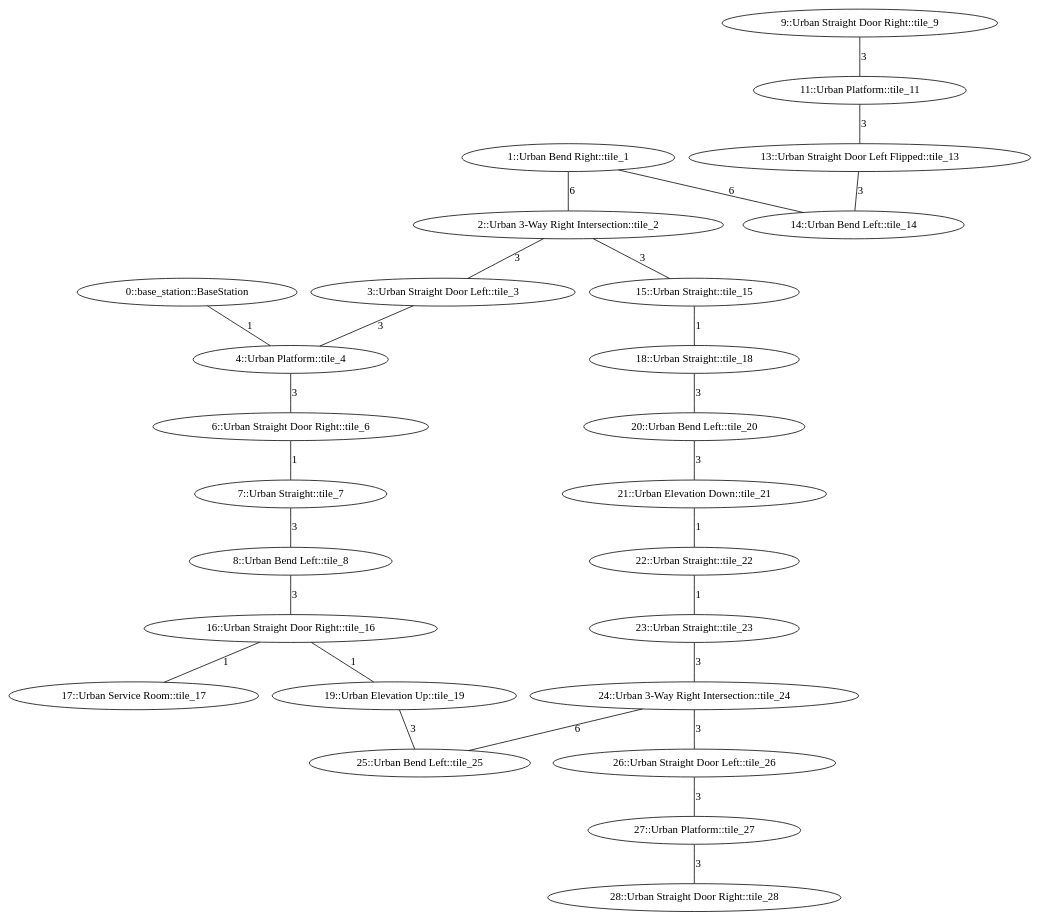
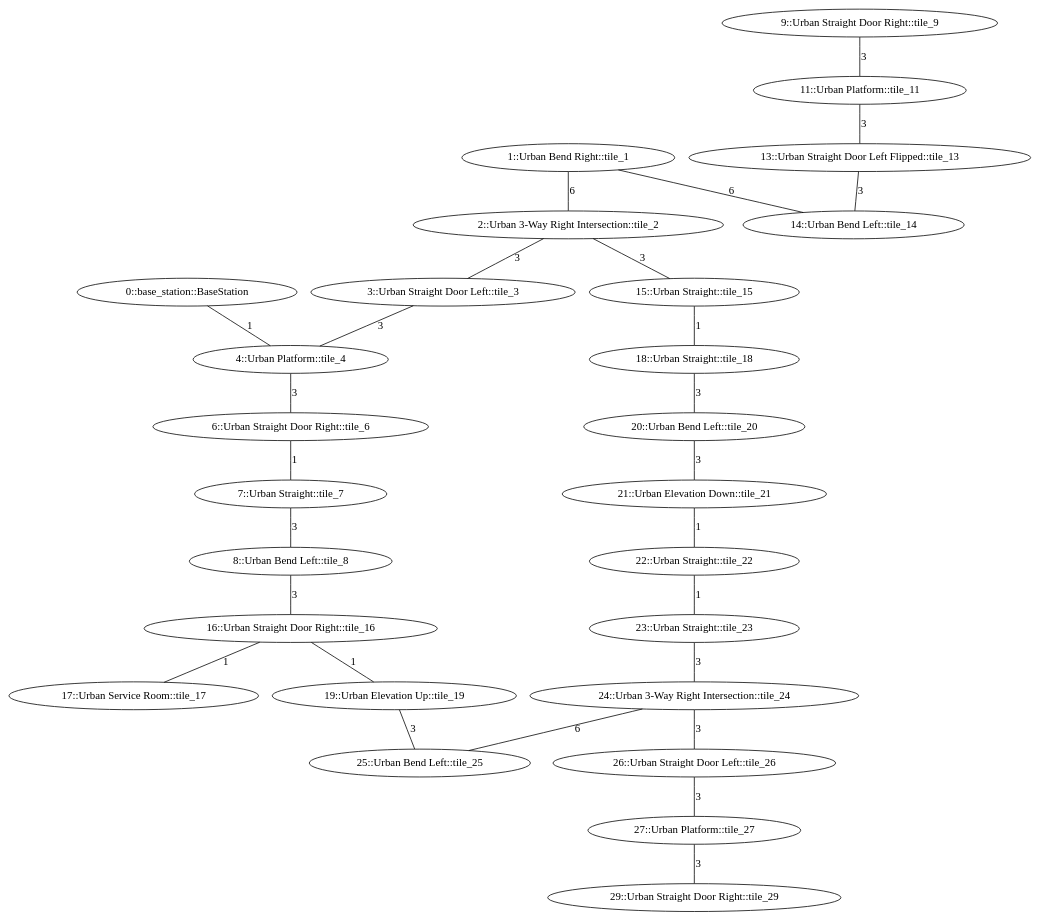
One commit to osrf/subt changed the diagram in subt_ign/worlds/simple_urban_02.dot. Above: the diagram before and after it, drawn with Graphviz. The commit also changed 4 other files, not shown here.

```diff
--- a/subt_ign/worlds/simple_urban_02.dot
+++ b/subt_ign/worlds/simple_urban_02.dot
@@ -1,66 +1,66 @@
 /* Visibility graph for simple_urban_02.tsv */
 /* Generated with the tile_tsv.py script: */
 /*   tile_tsv.py simple_urban_02.tsv -\-graph-file simple_urban_02.dot -\-world-file simple_urban_02.sdf -\-world-name simple_urban_02 -\-scale_x 40 -\-scale_y 40 -\-urban -\-y0 32 -\-x0 -280 */
 
 graph {
   /* ==== Vertices ==== */
 
   /* Base station / Staging area */
   0   [label="0::base_station::BaseStation"];
 
   1   [label="1::Urban Bend Right::tile_1"];
   2   [label="2::Urban 3-Way Right Intersection::tile_2"];
   3   [label="3::Urban Straight Door Left::tile_3"];
   4   [label="4::Urban Platform::tile_4"];
   6   [label="6::Urban Straight Door Right::tile_6"];
   7   [label="7::Urban Straight::tile_7"];
   8   [label="8::Urban Bend Left::tile_8"];
   9   [label="9::Urban Straight Door Right::tile_9"];
   11  [label="11::Urban Platform::tile_11"];
   13  [label="13::Urban Straight Door Left Flipped::tile_13"];
   14  [label="14::Urban Bend Left::tile_14"];
   15  [label="15::Urban Straight::tile_15"];
   16  [label="16::Urban Straight Door Right::tile_16"];
   17  [label="17::Urban Service Room::tile_17"];
   18  [label="18::Urban Straight::tile_18"];
   19  [label="19::Urban Elevation Up::tile_19"];
   20  [label="20::Urban Bend Left::tile_20"];
   21  [label="21::Urban Elevation Down::tile_21"];
   22  [label="22::Urban Straight::tile_22"];
   23  [label="23::Urban Straight::tile_23"];
   24  [label="24::Urban 3-Way Right Intersection::tile_24"];
   25  [label="25::Urban Bend Left::tile_25"];
   26  [label="26::Urban Straight Door Left::tile_26"];
   27  [label="27::Urban Platform::tile_27"];
-  28  [label="28::Urban Straight Door Right::tile_28"];
+  29  [label="29::Urban Straight Door Right::tile_29"];
 
   /* ==== Edges ==== */
 
   /* Base station */
   0  -- 4   [label=1];
   1  -- 2   [label=6];  /* Intersection */
   1  -- 14  [label=6];
   2  -- 3   [label=3];  /* Intersection */
   2  -- 15  [label=3];  /* Intersection */
   3  -- 4   [label=3];
   4  -- 6   [label=3];
   6  -- 7   [label=1];
   7  -- 8   [label=3];
   8  -- 16  [label=3];
   9  -- 11  [label=3];
   11 -- 13  [label=3];
   13 -- 14  [label=3];
   15 -- 18  [label=1];
   16 -- 19  [label=1];
   18 -- 20  [label=3];
   19 -- 25  [label=3];
   20 -- 21  [label=3];
   21 -- 22  [label=1];
   22 -- 23  [label=1];
   23 -- 24  [label=3];  /* Intersection */
   24 -- 25  [label=6];  /* Intersection */
   24 -- 26  [label=3];  /* Intersection */
   26 -- 27  [label=3];
-  27 -- 28  [label=3];
+  27 -- 29  [label=3];
   16 -- 17  [label=1];
 }
```
